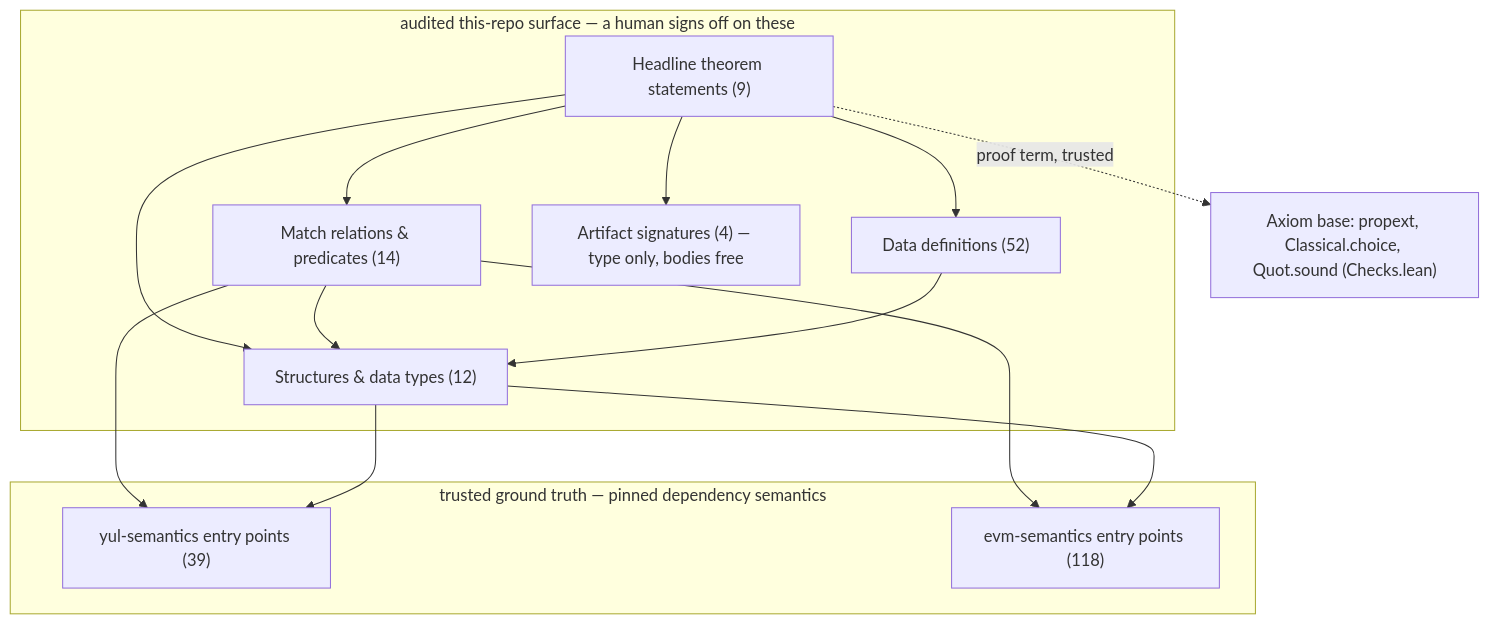
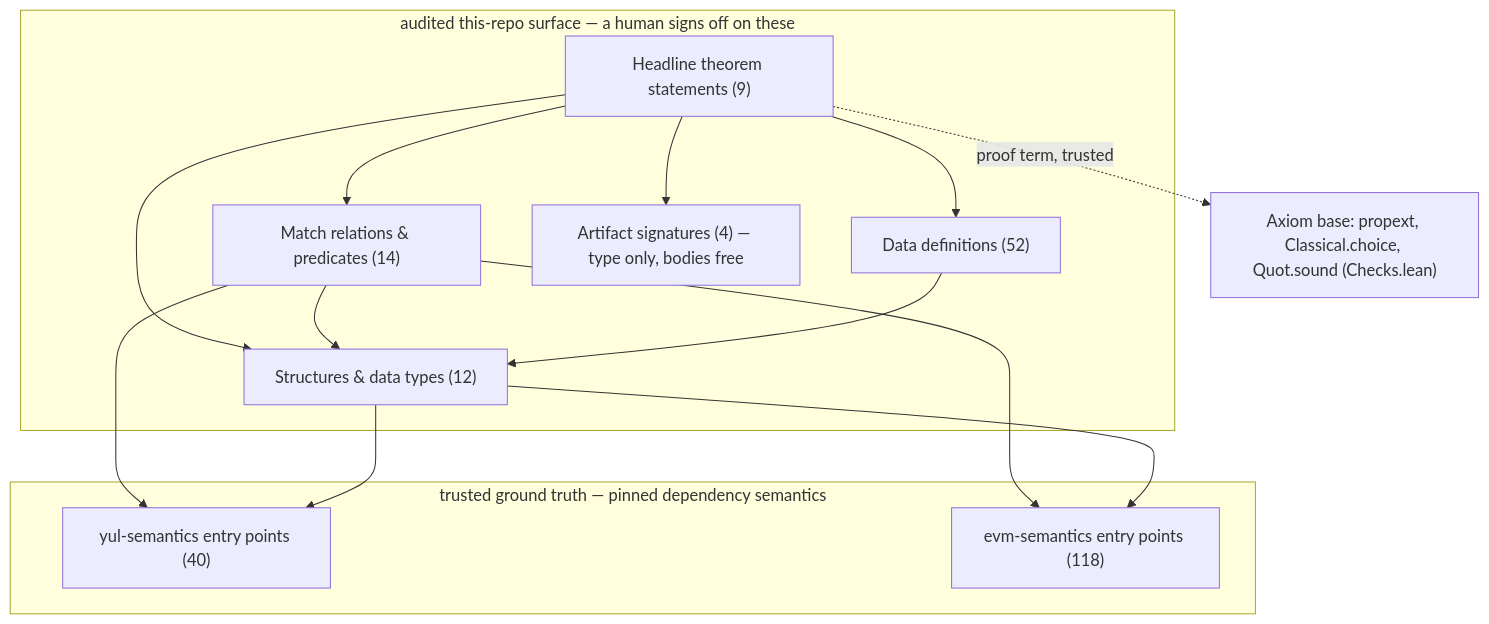
One commit to powdr-labs/yul-compiler changed the diagram in SPEC.md. Above: the diagram before and after it, drawn with Mermaid. The commit also changed other lines of this file and 84 other files, not shown here.

````diff
--- a/SPEC.md
+++ b/SPEC.md
@@ -23,20 +23,20 @@
 ```mermaid
 flowchart TD
   subgraph audited ["audited this-repo surface — a human signs off on these"]
     S["Headline theorem statements (9)"]
     R["Match relations & predicates (14)"]
     T["Structures & data types (12)"]
     D["Data definitions (52)"]
     A["Artifact signatures (4) — type only, bodies free"]
   end
   subgraph external ["trusted ground truth — pinned dependency semantics"]
-    YUL["yul-semantics entry points (39)"]
+    YUL["yul-semantics entry points (40)"]
     EVM["evm-semantics entry points (118)"]
   end
   AX["Axiom base: propext, Classical.choice, Quot.sound (Checks.lean)"]
   S --> R & T & D & A
   R --> T & YUL & EVM
   D --> T
   T --> YUL & EVM
   S -.->|proof term, trusted| AX
 ```
````
